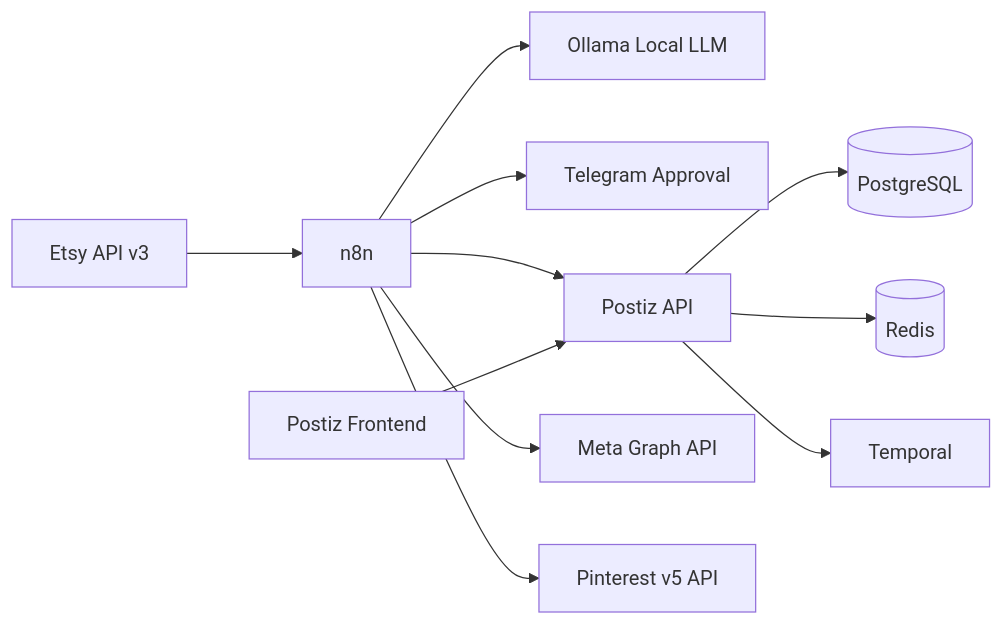
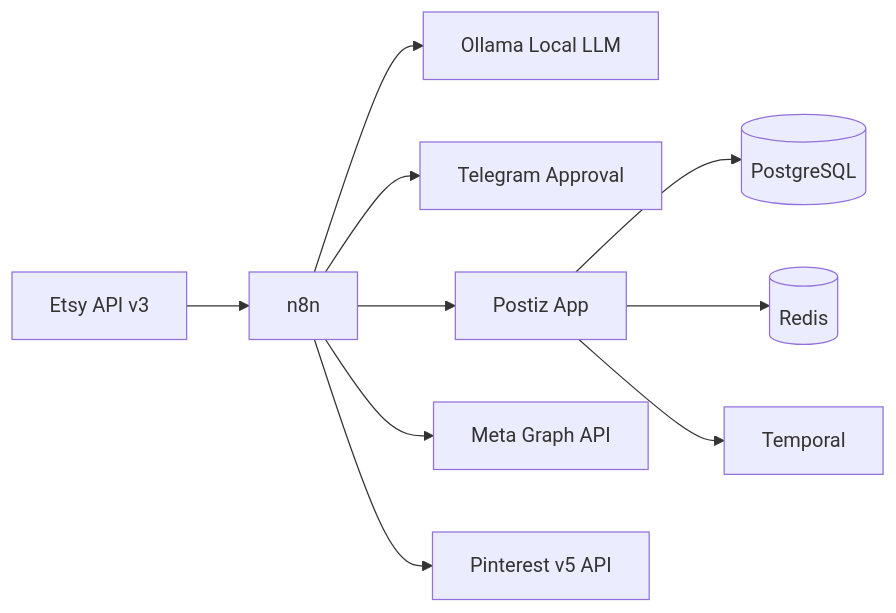
Before and after one commit to justinmpowers/unraid: the first of 4 diagrams in services/automation/postiz-stack/ARCHITECTURE.md, drawn with Mermaid. The commit also changed other lines of this file and 5 other files, not shown here.

Commit message:
Refactor postiz stack to single upstream app image

````diff
--- a/services/automation/postiz-stack/ARCHITECTURE.md
+++ b/services/automation/postiz-stack/ARCHITECTURE.md
@@ -17,13 +17,12 @@
 ```mermaid
 flowchart LR
   Etsy[Etsy API v3] --> n8n[n8n]
   n8n --> Ollama[Ollama Local LLM]
   n8n --> Telegram[Telegram Approval]
-  n8n --> PostizAPI[Postiz API]
-  PostizUI[Postiz Frontend] --> PostizAPI
-  PostizAPI --> PG[(PostgreSQL)]
-  PostizAPI --> Redis[(Redis)]
-  PostizAPI --> Temporal[Temporal]
+  n8n --> Postiz[Postiz App]
+  Postiz --> PG[(PostgreSQL)]
+  Postiz --> Redis[(Redis)]
+  Postiz --> Temporal[Temporal]
   n8n --> Meta[Meta Graph API]
   n8n --> Pinterest[Pinterest v5 API]
 ```
````
